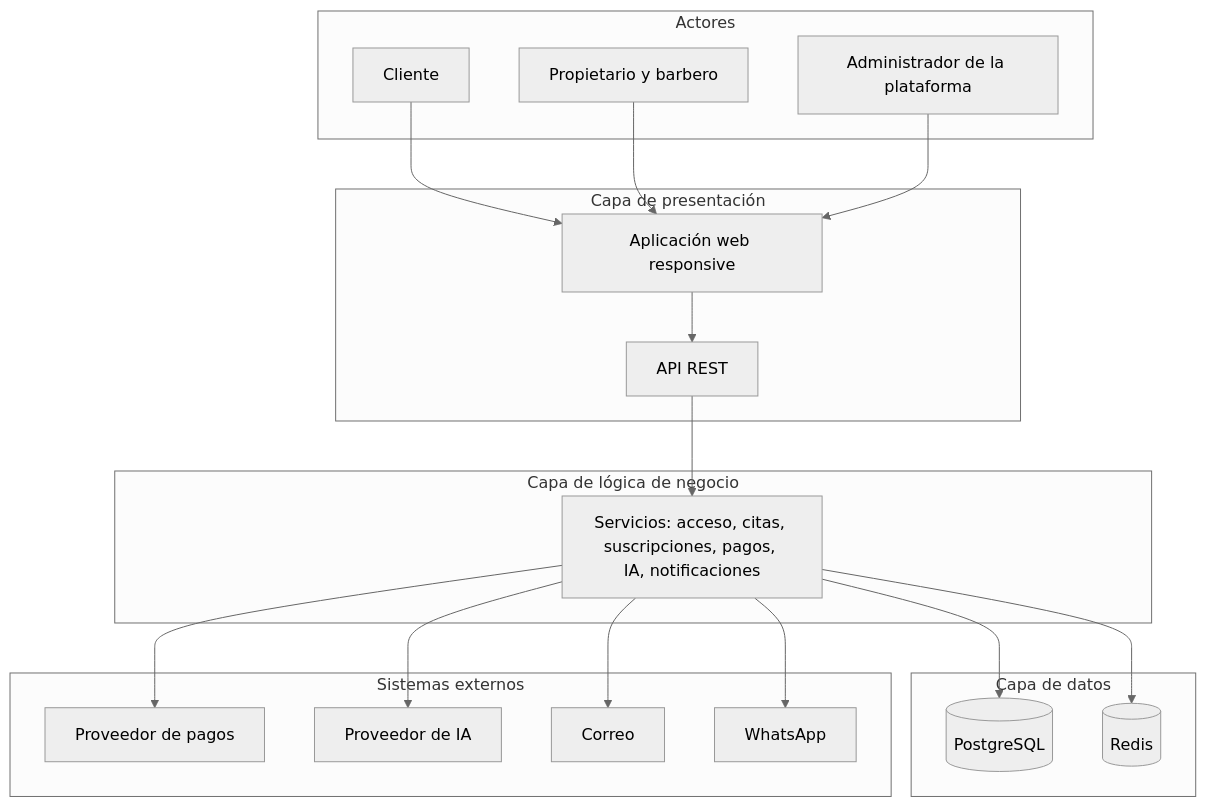
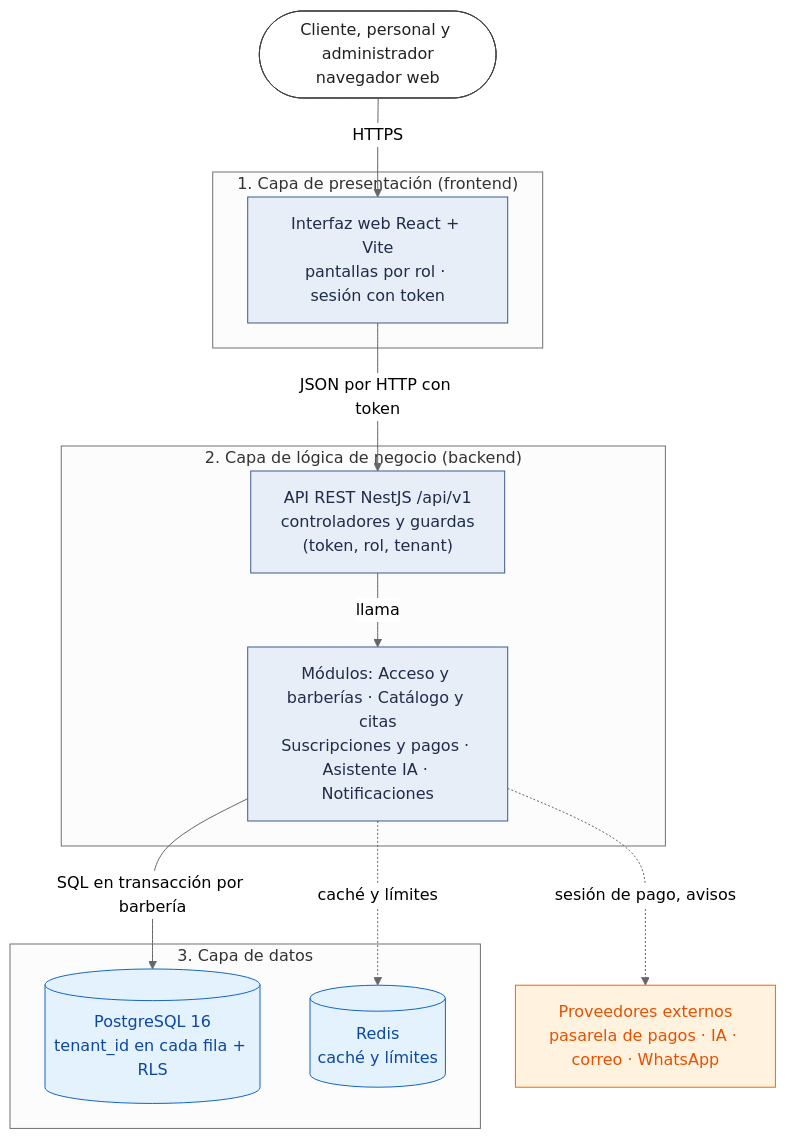
One commit to semcham/proyecto-final-barberia-ayacucho changed the diagram in docs/02-arquitectura-software/arquitectura-inicial.md. Above: the diagram before and after it, drawn with Mermaid (neutral theme). The commit also changed other lines of this file and 67 other files, not shown here.

Commit message:
docs: documentación y diagramas coherentes con 001, 002, 003 .... 006

````diff
--- a/docs/02-arquitectura-software/arquitectura-inicial.md
+++ b/docs/02-arquitectura-software/arquitectura-inicial.md
@@ -16,36 +18,28 @@
 ```mermaid
 flowchart TB
-    subgraph A["Actores"]
-        CLI["Cliente"]
-        STAFF["Propietario y barbero"]
-        ADM["Administrador de la plataforma"]
+    USR(["Cliente, personal y administrador<br/>navegador web"]):::persona
+    subgraph P["1. Capa de presentación (frontend)"]
+        UI["Interfaz web React + Vite<br/>pantallas por rol · sesión con token"]
     end
-    subgraph P["Capa de presentación"]
-        UI["Aplicación web responsive"]
-        API["API REST"]
+    subgraph N["2. Capa de lógica de negocio (backend)"]
+        API["API REST NestJS /api/v1<br/>controladores y guardas<br/>(token, rol, tenant)"]
+        SV["Módulos: Acceso y barberías · Catálogo y citas<br/>Suscripciones y pagos · Asistente IA · Notificaciones"]
     end
-    subgraph N["Capa de lógica de negocio"]
-        SV["Servicios: acceso, citas, suscripciones, pagos, IA, notificaciones"]
+    subgraph D["3. Capa de datos"]
+        DB[("PostgreSQL 16<br/>tenant_id en cada fila + RLS")]
+        RC[("Redis<br/>caché y límites")]
     end
-    subgraph D["Capa de datos"]
-        DB[("PostgreSQL")]
-        RC[("Redis")]
-    end
-    subgraph X["Sistemas externos"]
-        PAY["Proveedor de pagos"]
-        AI["Proveedor de IA"]
-        MAIL["Correo"]
-        WA["WhatsApp"]
-    end
-    CLI --> UI
-    STAFF --> UI
-    ADM --> UI
-    UI --> API
-    API --> SV
-    SV --> DB
-    SV --> RC
-    SV --> PAY
-    SV --> AI
-    SV --> MAIL
-    SV --> WA
+    EXT["Proveedores externos<br/>pasarela de pagos · IA · correo · WhatsApp"]:::externo
+    USR -->|"HTTPS"| UI
+    UI -->|"JSON por HTTP con token"| API
+    API -->|"llama"| SV
+    SV -->|"SQL en transacción por barbería"| DB
+    SV -.->|"caché y límites"| RC
+    SV -.->|"sesión de pago, avisos"| EXT
+    classDef persona fill:#ffffff,stroke:#424242,color:#212121
+    classDef app fill:#e8eef7,stroke:#3b5b8c,color:#1f2d4a
+    classDef datos fill:#e3f2fd,stroke:#1565c0,color:#0d47a1
+    classDef externo fill:#fff3e0,stroke:#ef6c00,color:#e65100
+    class UI,API,SV app
+    class DB,RC datos
 ```
````
